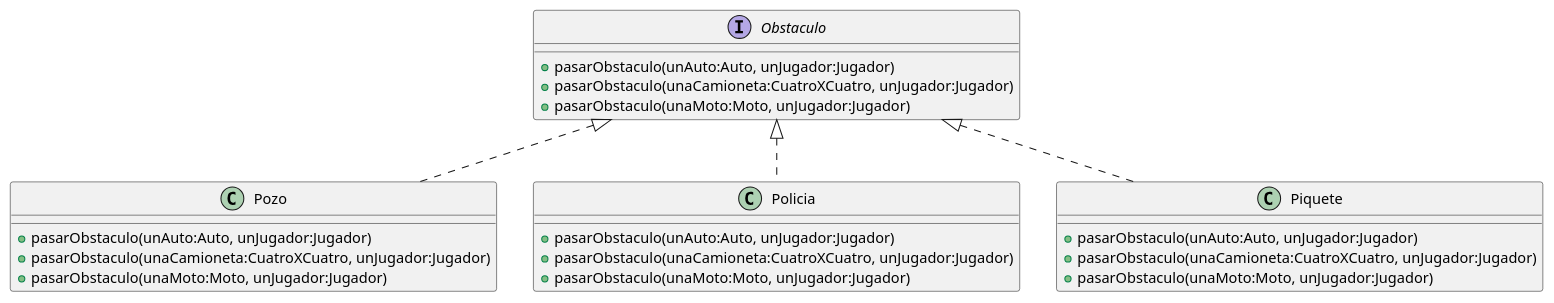
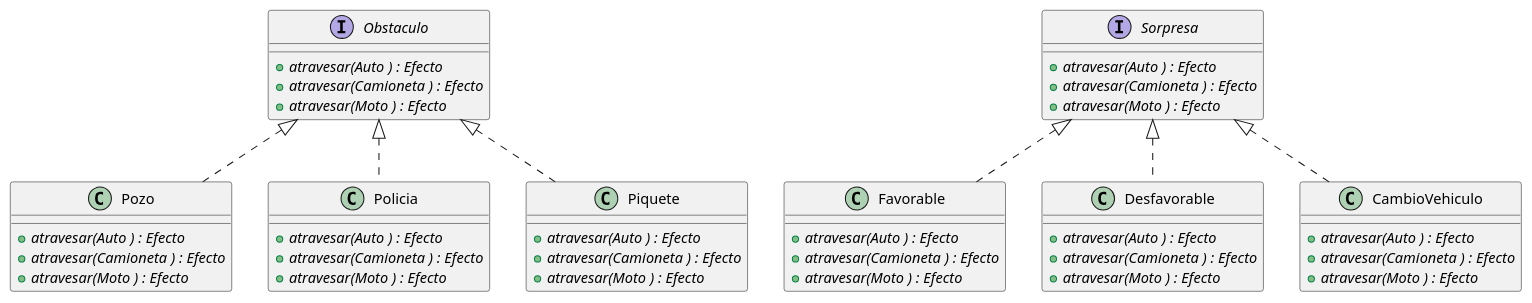
The diagram in diagrams/classes/Entrega 1/diagramaClases3.puml (JorgeSedek/algo3_tp2), drawn with PlantUML before and after one commit. The commit also changed 3 other files, not shown here.

Commit message:
Agrego diagramas de clases

```diff
--- a/diagrams/classes/Entrega 1/diagramaClases3.puml
+++ b/diagrams/classes/Entrega 1/diagramaClases3.puml
@@ -1,29 +1,58 @@
 @startuml
 interface Obstaculo{
-+pasarObstaculo(unAuto:Auto, unJugador:Jugador)
-+pasarObstaculo(unaCamioneta:CuatroXCuatro, unJugador:Jugador)
-+pasarObstaculo(unaMoto:Moto, unJugador:Jugador)
+ +    atravesar(Auto ) : Efecto {abstract}
+   +  atravesar(Camioneta ) : Efecto {abstract}
+    + atravesar(Moto ) : Efecto {abstract}
 }
 
 class Pozo{
-+pasarObstaculo(unAuto:Auto, unJugador:Jugador)
-+pasarObstaculo(unaCamioneta:CuatroXCuatro, unJugador:Jugador)
-+pasarObstaculo(unaMoto:Moto, unJugador:Jugador)
+ +    atravesar(Auto ) : Efecto {abstract}
+   +  atravesar(Camioneta ) : Efecto {abstract}
+    + atravesar(Moto ) : Efecto {abstract}
 }
 
 class Policia{
-+pasarObstaculo(unAuto:Auto, unJugador:Jugador)
-+pasarObstaculo(unaCamioneta:CuatroXCuatro, unJugador:Jugador)
-+pasarObstaculo(unaMoto:Moto, unJugador:Jugador)
+ +    atravesar(Auto ) : Efecto {abstract}
+   +  atravesar(Camioneta ) : Efecto {abstract}
+    + atravesar(Moto ) : Efecto {abstract}
 }
 
 class Piquete{
-+pasarObstaculo(unAuto:Auto, unJugador:Jugador)
-+pasarObstaculo(unaCamioneta:CuatroXCuatro, unJugador:Jugador)
-+pasarObstaculo(unaMoto:Moto, unJugador:Jugador)
+ +    atravesar(Auto ) : Efecto {abstract}
+   +  atravesar(Camioneta ) : Efecto {abstract}
+    + atravesar(Moto ) : Efecto {abstract}
 }
 
 Obstaculo <|.. Pozo
 Obstaculo <|.. Policia
 Obstaculo <|.. Piquete
+
+interface Sorpresa{
+ +    atravesar(Auto ) : Efecto {abstract}
+   +  atravesar(Camioneta ) : Efecto {abstract}
+    + atravesar(Moto ) : Efecto {abstract}
+}
+
+class Favorable{
+ +    atravesar(Auto ) : Efecto {abstract}
+   +  atravesar(Camioneta ) : Efecto {abstract}
+    + atravesar(Moto ) : Efecto {abstract}
+}
+
+class Desfavorable{
+ +    atravesar(Auto ) : Efecto {abstract}
+   +  atravesar(Camioneta ) : Efecto {abstract}
+    + atravesar(Moto ) : Efecto {abstract}
+}
+
+class CambioVehiculo{
+ +    atravesar(Auto ) : Efecto {abstract}
+   +  atravesar(Camioneta ) : Efecto {abstract}
+    + atravesar(Moto ) : Efecto {abstract}
+}
+
+
+Sorpresa <|.. Favorable
+Sorpresa <|.. Desfavorable
+Sorpresa <|.. CambioVehiculo
 @enduml
```
